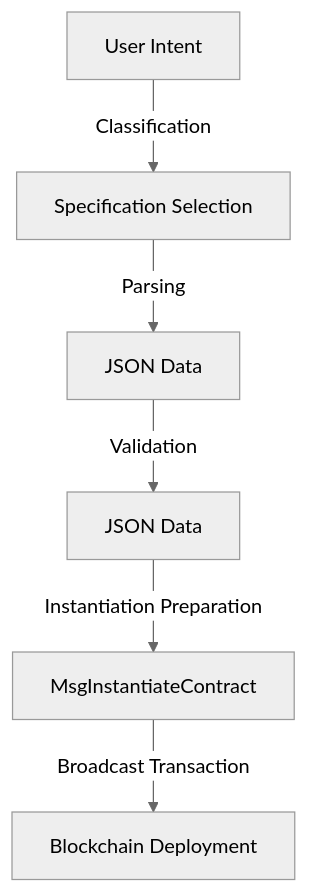
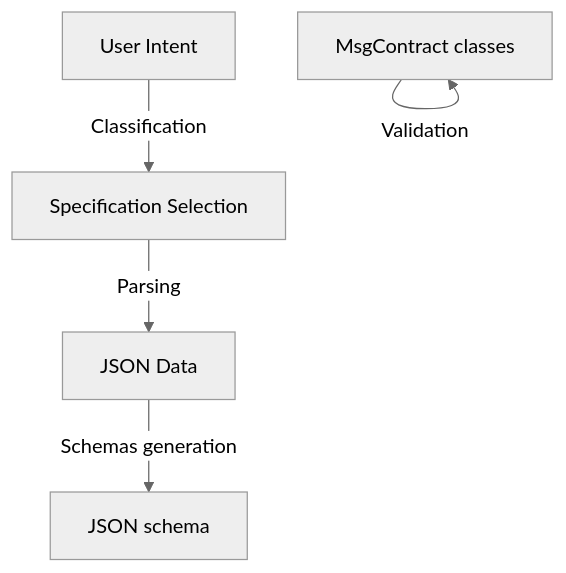
The diagram in README.md (nayname/ntrn), drawn with Mermaid (neutral theme) before and after one commit. The commit also changed other lines of this file, not shown here.

````diff
--- a/README.md
+++ b/README.md
@@ -25,8 +25,7 @@
 ```mermaid
 graph TD
     A[User Intent] -->|Classification| B[Specification Selection]
     B -->|Parsing| C[JSON Data]
-    C -->|Validation| D[JSON Data]
-    D -->|Instantiation Preparation| E[MsgInstantiateContract]
-    E -->|Broadcast Transaction| F[Blockchain Deployment]
+    C -->|Schemas generation| E[JSON schema]
+    D -->|Validation| D[MsgContract classes]
 ```
````
